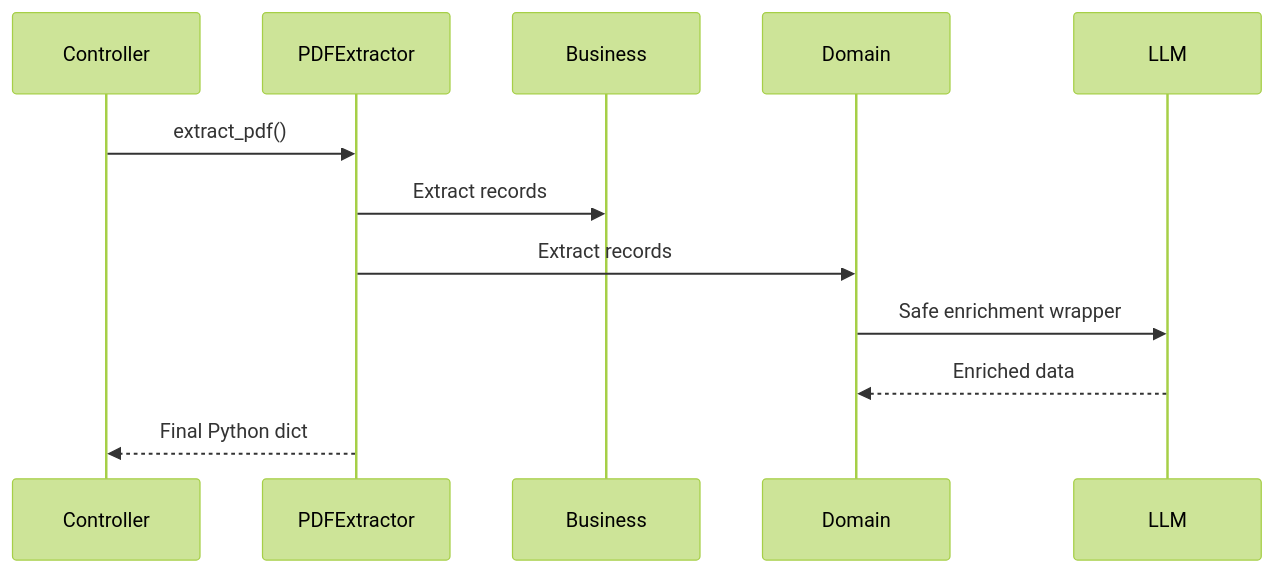
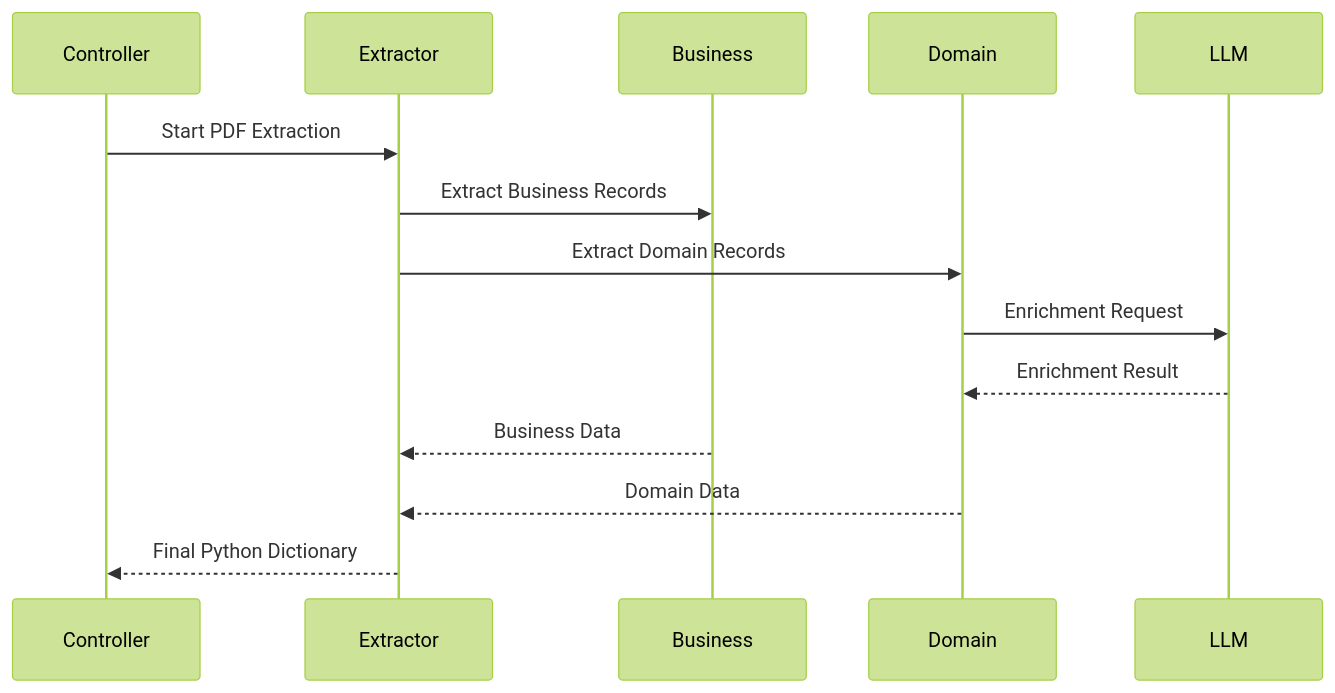
Before and after one commit to Divyanshu-karma/learning_of_json_structures_comparision: the eighth of 9 diagrams in fove_pdf_extract_detailed.md, drawn with Mermaid (forest theme). The commit also changed other lines of this file, not shown here.

````diff
--- a/fove_pdf_extract_detailed.md
+++ b/fove_pdf_extract_detailed.md
@@ -227,15 +300,22 @@
 ```mermaid
 sequenceDiagram
-    participant Controller
-    participant PDFExtractor
-    participant Business
-    participant Domain
-    participant LLM
 
-    Controller->>PDFExtractor: extract_pdf()
-    PDFExtractor->>Business: Extract records
-    PDFExtractor->>Domain: Extract records
-    Domain->>LLM: Safe enrichment wrapper
-    LLM-->>Domain: Enriched data
-    PDFExtractor-->>Controller: Final Python dict
+participant Controller
+participant Extractor
+participant Business
+participant Domain
+participant LLM
+
+Controller->>Extractor: Start PDF Extraction
+
+Extractor->>Business: Extract Business Records
+Extractor->>Domain: Extract Domain Records
+
+Domain->>LLM: Enrichment Request
+LLM-->>Domain: Enrichment Result
+
+Business-->>Extractor: Business Data
+Domain-->>Extractor: Domain Data
+
+Extractor-->>Controller: Final Python Dictionary
 ```
````
